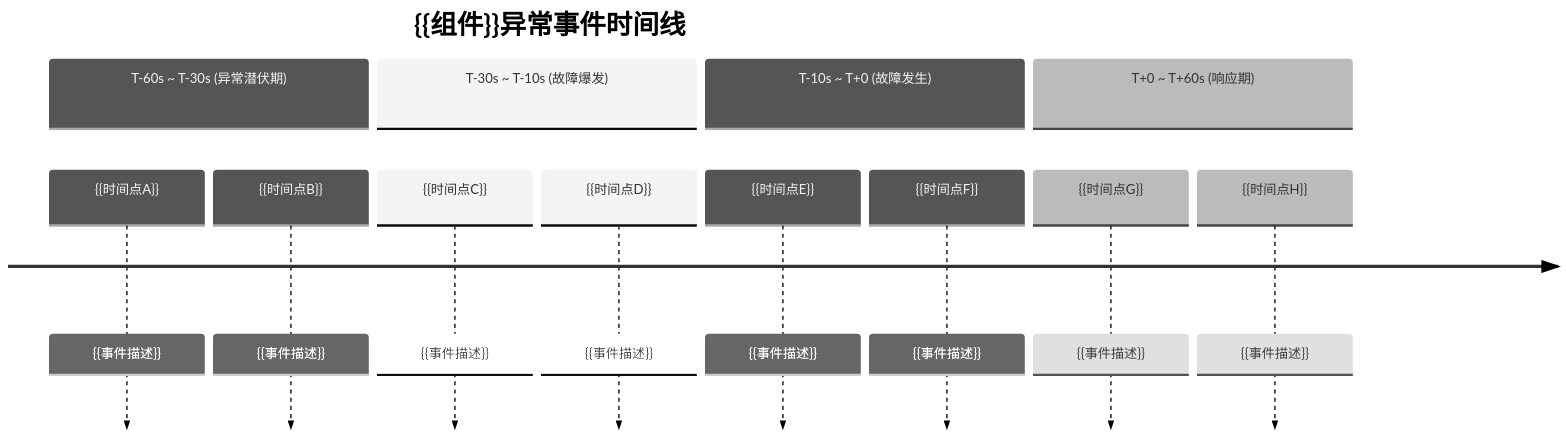
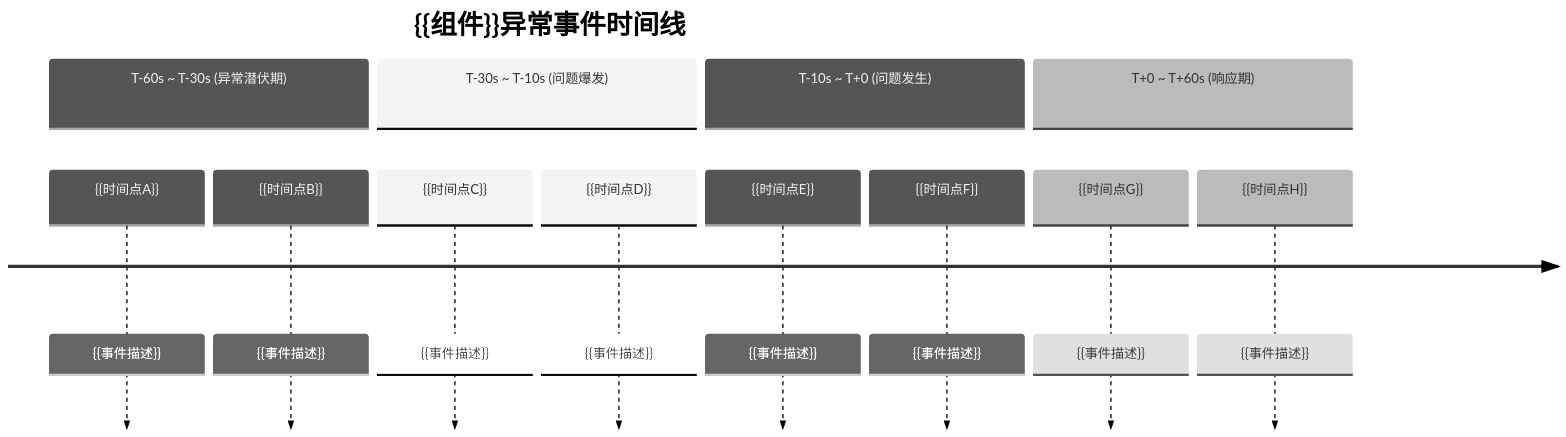
The diagram in templates/febm-template.md (kudig-io/kudig-database), drawn with Mermaid (neutral theme) before and after one commit. The commit also changed other lines of this file and 1236 other files, not shown here.

````diff
--- a/templates/febm-template.md
+++ b/templates/febm-template.md
@@ -210,20 +210,20 @@
 ```mermaid
 timeline
     title {{组件}}异常事件时间线
 
     section T-60s ~ T-30s (异常潜伏期)
         {{时间点A}}: {{事件描述}}
         {{时间点B}}: {{事件描述}}
 
-    section T-30s ~ T-10s (故障爆发)
+    section T-30s ~ T-10s (问题爆发)
         {{时间点C}}: {{事件描述}}
         {{时间点D}}: {{事件描述}}
 
-    section T-10s ~ T+0 (故障发生)
+    section T-10s ~ T+0 (问题发生)
         {{时间点E}}: {{事件描述}}
         {{时间点F}}: {{事件描述}}
 
     section T+0 ~ T+60s (响应期)
         {{时间点G}}: {{事件描述}}
         {{时间点H}}: {{事件描述}}
 ```
````
